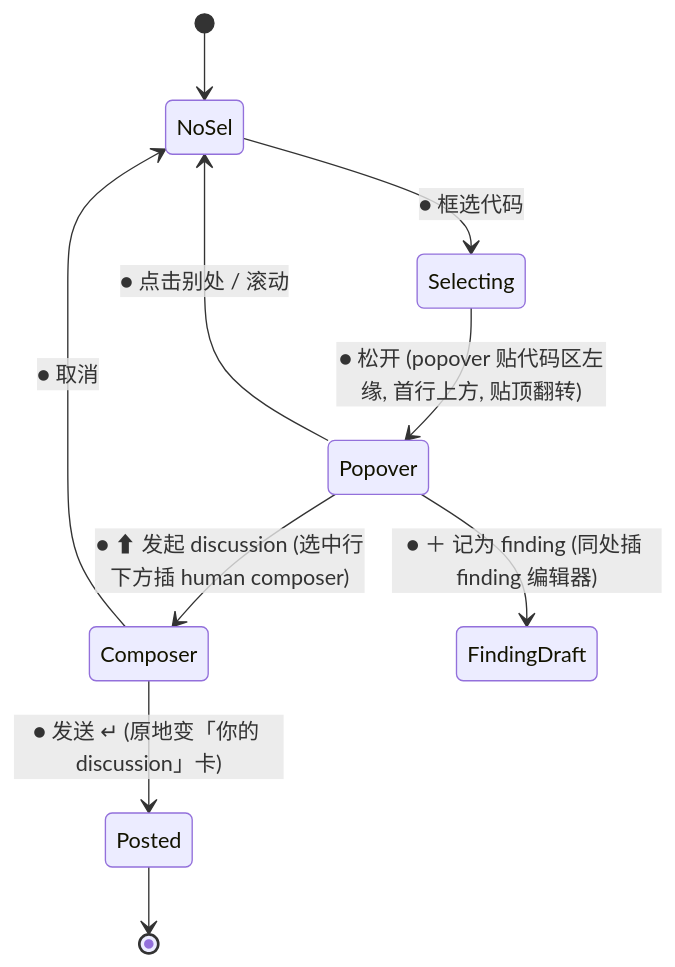
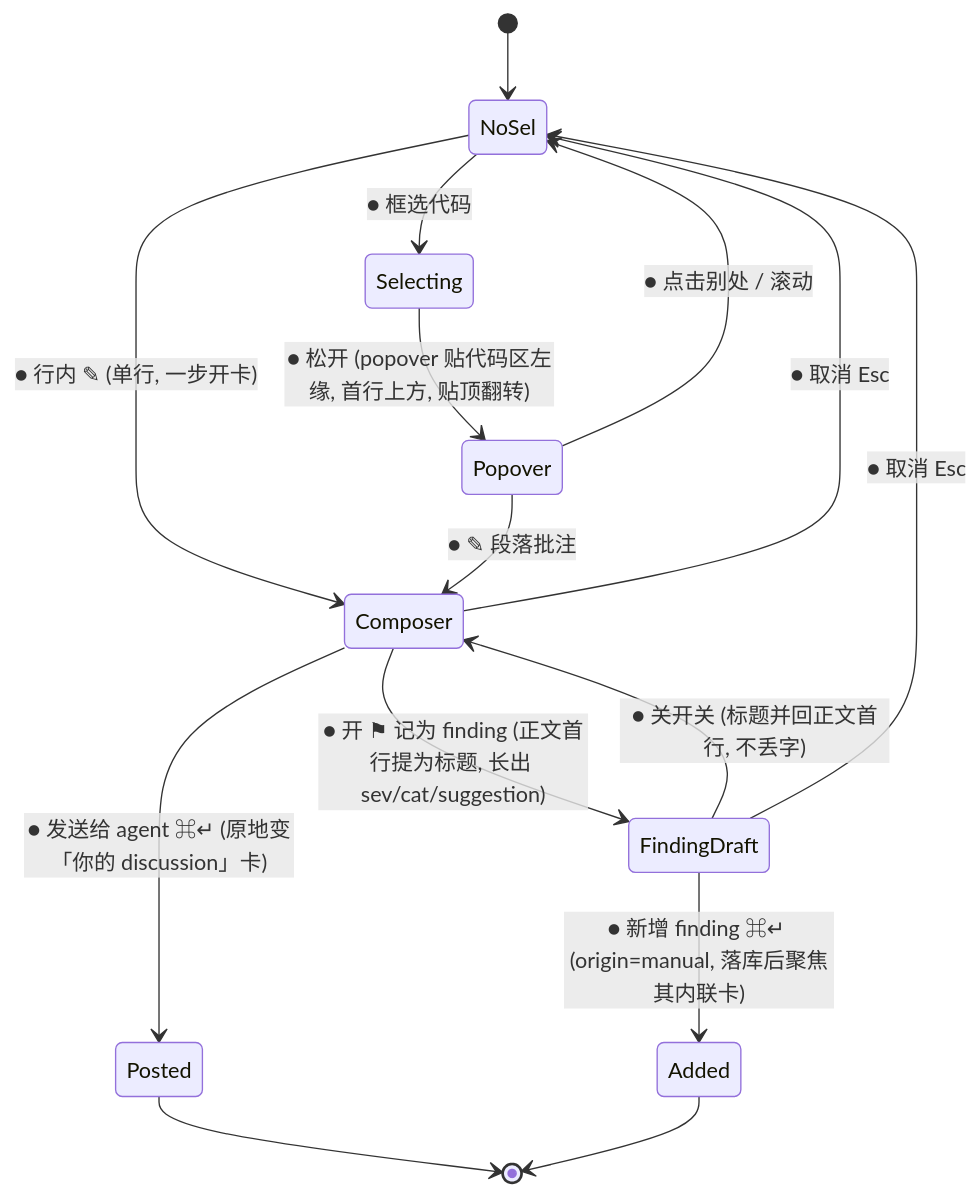
Diagram 16 of 17 in docs/design/ui-states.md (xieziyu/duetlens), drawn with Mermaid before and after one commit. The commit also changed other lines of this file and 13 other files, not shown here.

First line of the commit message:
feat(review): merge discussion and finding composers into one annotate card

````diff
--- a/docs/design/ui-states.md
+++ b/docs/design/ui-states.md
@@ -304,12 +304,17 @@
 ```mermaid
 stateDiagram-v2
     [*] --> NoSel
+    NoSel --> Composer : ● 行内 ✎ (单行, 一步开卡)
     NoSel --> Selecting : ● 框选代码
     Selecting --> Popover : ● 松开 (popover 贴代码区左缘, 首行上方, 贴顶翻转)
     Popover --> NoSel : ● 点击别处 / 滚动
-    Popover --> Composer : ● ⬆ 发起 discussion (选中行下方插 human composer)
-    Popover --> FindingDraft : ● ＋ 记为 finding (同处插 finding 编辑器)
-    Composer --> Posted : ● 发送 ↵ (原地变「你的 discussion」卡)
-    Composer --> NoSel : ● 取消
+    Popover --> Composer : ● ✎ 段落批注
+    Composer --> FindingDraft : ● 开 ⚑ 记为 finding (正文首行提为标题, 长出 sev/cat/suggestion)
+    FindingDraft --> Composer : ● 关开关 (标题并回正文首行, 不丢字)
+    Composer --> Posted : ● 发送给 agent ⌘↵ (原地变「你的 discussion」卡)
+    FindingDraft --> Added : ● 新增 finding ⌘↵ (origin=manual, 落库后聚焦其内联卡)
+    Composer --> NoSel : ● 取消 Esc
+    FindingDraft --> NoSel : ● 取消 Esc
     Posted --> [*]
+    Added --> [*]
 ```
````
